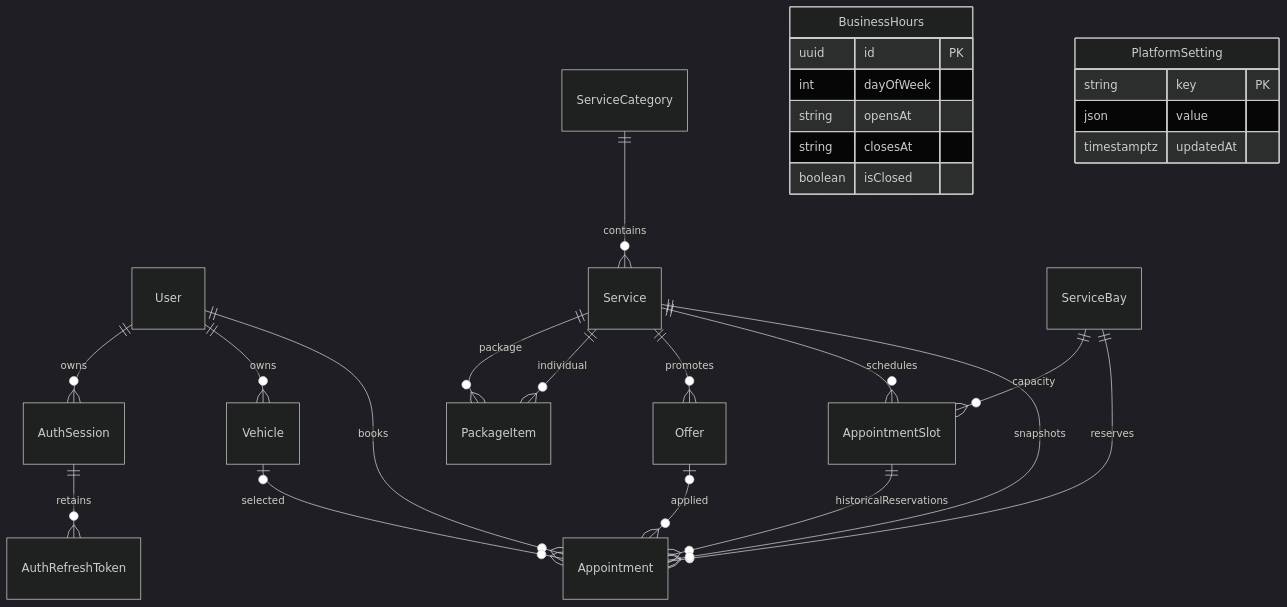
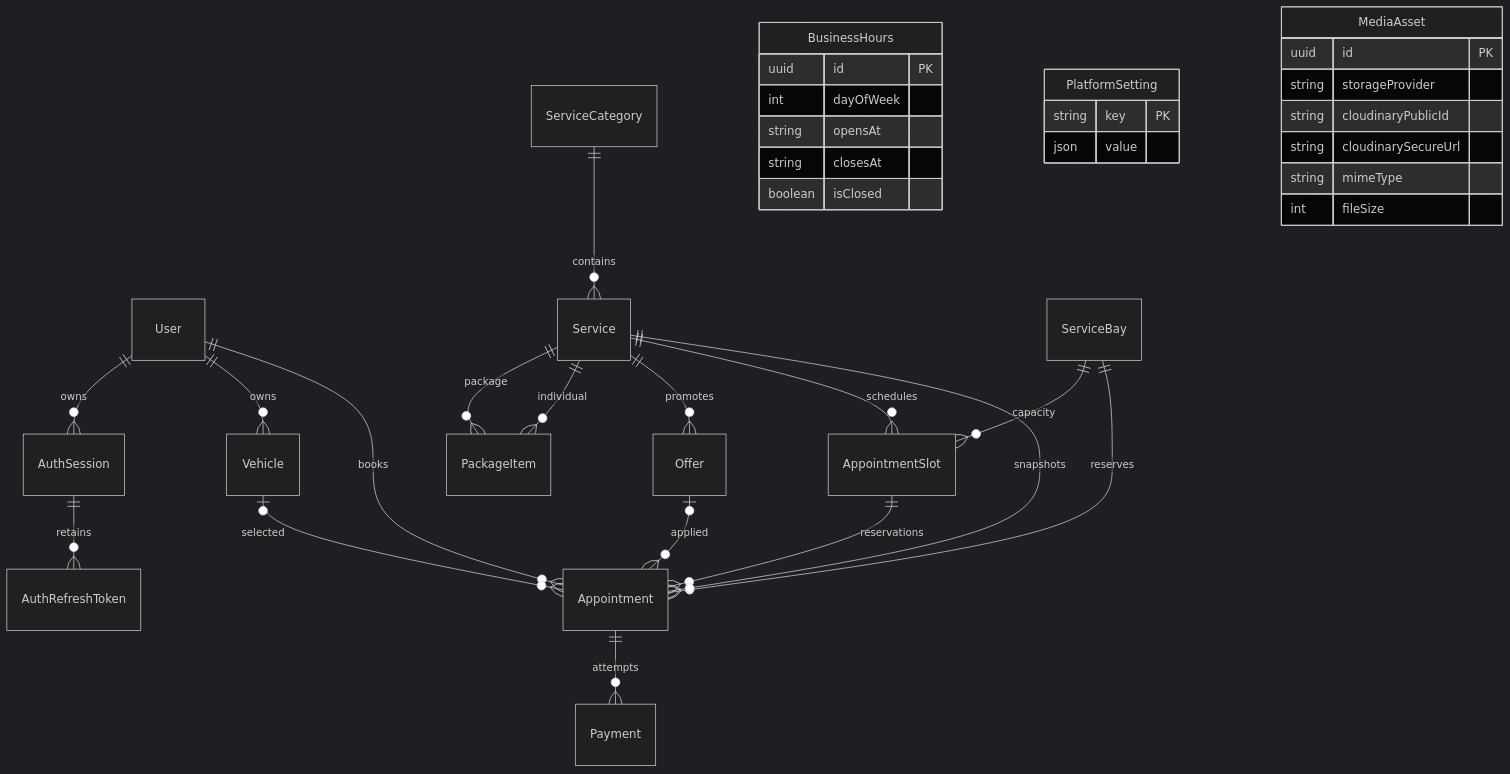
The diagram in docs/database.md (kugelblitz84/Fb_international_assessment_project_backend), drawn with Mermaid (dark theme) before and after one commit. The commit also changed other lines of this file and 17 other files, not shown here.

````diff
--- a/docs/database.md
+++ b/docs/database.md
@@ -5,30 +5,38 @@
 ```mermaid
 erDiagram
   User ||--o{ AuthSession : owns
   AuthSession ||--o{ AuthRefreshToken : retains
   User ||--o{ Vehicle : owns
   User ||--o{ Appointment : books
   Vehicle o|--o{ Appointment : selected
   ServiceCategory ||--o{ Service : contains
   Service ||--o{ PackageItem : package
   Service ||--o{ PackageItem : individual
   Service ||--o{ Offer : promotes
   Service ||--o{ AppointmentSlot : schedules
   ServiceBay ||--o{ AppointmentSlot : capacity
-  AppointmentSlot ||--o{ Appointment : historicalReservations
+  AppointmentSlot ||--o{ Appointment : reservations
   ServiceBay ||--o{ Appointment : reserves
   Service ||--o{ Appointment : snapshots
   Offer o|--o{ Appointment : applied
+  Appointment ||--o{ Payment : attempts
   BusinessHours {
     uuid id PK
     int dayOfWeek
     string opensAt
     string closesAt
     boolean isClosed
   }
   PlatformSetting {
     string key PK
     json value
-    timestamptz updatedAt
+  }
+  MediaAsset {
+    uuid id PK
+    string storageProvider
+    string cloudinaryPublicId
+    string cloudinarySecureUrl
+    string mimeType
+    int fileSize
   }
 ```
````
